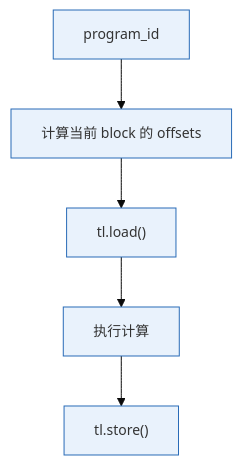
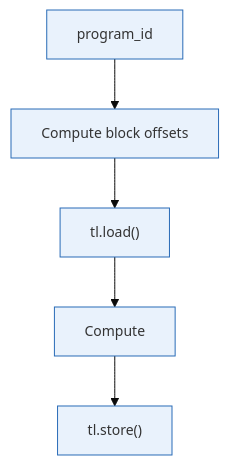
Before and after one commit to jshn9515/deep-learning-notes: the diagram in en/ch12-llm-training-engineering/figures/ch12.8-triton-execution.mmd, drawn with Mermaid. The commit also changed 11 other files, not shown here.

Commit message:
DOC: Translate Chapter 12 diagram labels

```diff
--- a/en/ch12-llm-training-engineering/figures/ch12.8-triton-execution.mmd
+++ b/en/ch12-llm-training-engineering/figures/ch12.8-triton-execution.mmd
@@ -1,35 +1,35 @@
 ---
 config:
   startOnLoad: false
   theme: base
   htmlLabels: false
   fontFamily: Arial, Microsoft YaHei, Noto Serif CJK SC, sans-serif
   themeVariables:
     fontSize: 14px
     primaryColor: "#e9f2fc"
     primaryBorderColor: "#296bb7"
     primaryTextColor: "#333333"
     lineColor: "#0b0b0b"
 
   themeCSS: |
     .node text,
     .nodeLabel,
     .label text {
       font-weight: 400;
       font-style: normal;
     }
 
     .node rect,
     .flowchart-link {
       stroke-width: 1px;
     }
 ---
 
 flowchart TD
     A["program_id"]
-    B["计算当前 block 的 offsets"]
+    B["Compute block offsets"]
     C["tl.load()"]
-    D["执行计算"]
+    D["Compute"]
     E["tl.store()"]
 
     A --> B --> C --> D --> E
```
